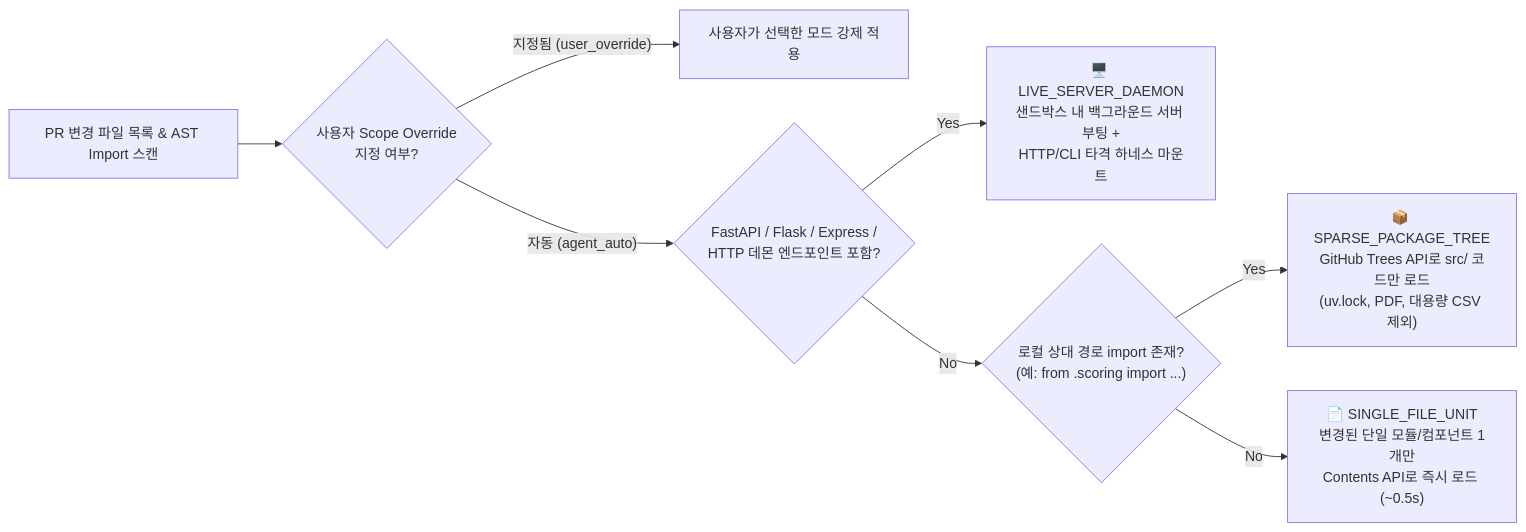
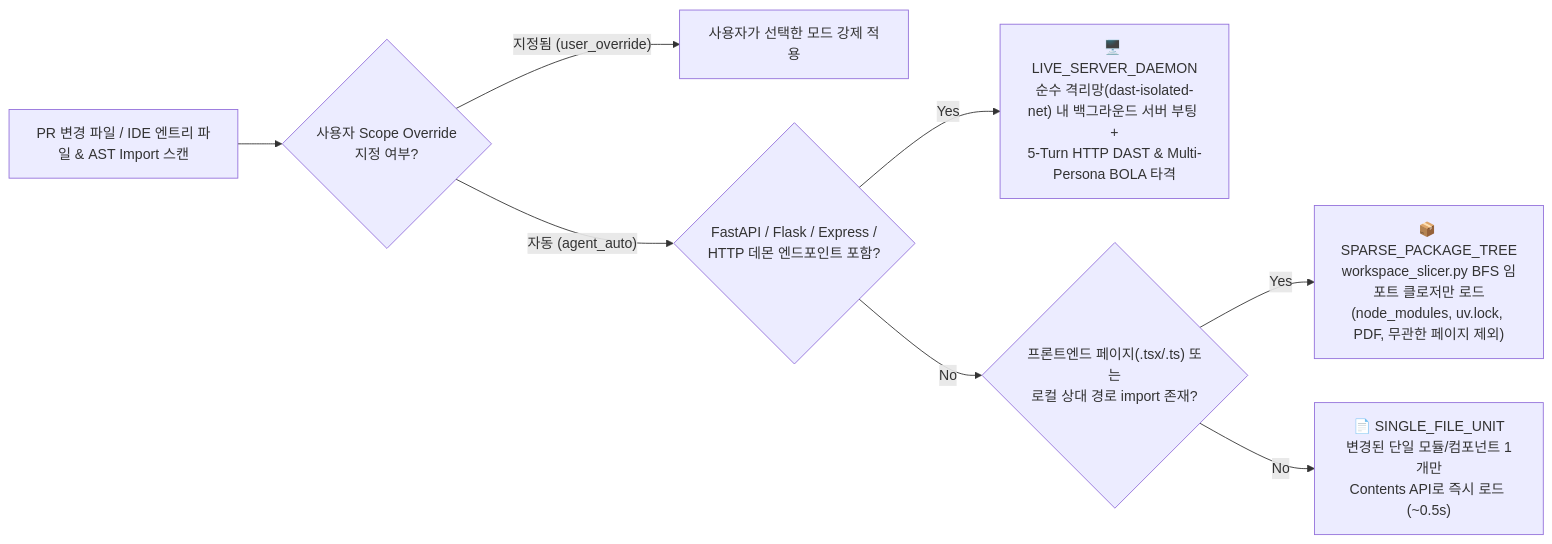
The third of 4 diagrams in docs/02_Data_Flow.md (ttogle918/argus-pr-verifier), drawn with Mermaid before and after one commit. The commit also changed other lines of this file and 9 other files, not shown here.

First line of the commit message:
docs(arch): document multi-agent LLM call flow and specify CEGIS patch loop, PR bundle export, and BOLA matrix

````diff
--- a/docs/02_Data_Flow.md
+++ b/docs/02_Data_Flow.md
@@ -121,12 +130,12 @@
 ```mermaid
 flowchart LR
-    PRFiles["PR 변경 파일 목록 & AST Import 스캔"] --> OverrideCheck{"사용자 Scope Override\n지정 여부?"}
+    PRFiles["PR 변경 파일 / IDE 엔트리 파일 & AST Import 스캔"] --> OverrideCheck{"사용자 Scope Override\n지정 여부?"}
     OverrideCheck -->|"지정됨 (user_override)"| ApplyUserScope["사용자가 선택한 모드 강제 적용"]
     OverrideCheck -->|"자동 (agent_auto)"| CheckServer{"FastAPI / Flask / Express /\nHTTP 데몬 엔드포인트 포함?"}
 
-    CheckServer -->|"Yes"| ModeServer["🖥️ LIVE_SERVER_DAEMON\n샌드박스 내 백그라운드 서버 부팅 +\nHTTP/CLI 타격 하네스 마운트"]
-    CheckServer -->|"No"| CheckImports{"로컬 상대 경로 import 존재?\n(예: from .scoring import ...)"}
+    CheckServer -->|"Yes"| ModeServer["🖥️ LIVE_SERVER_DAEMON\n순수 격리망(dast-isolated-net) 내 백그라운드 서버 부팅 +\n5-Turn HTTP DAST & Multi-Persona BOLA 타격"]
+    CheckServer -->|"No"| CheckImports{"프론트엔드 페이지(.tsx/.ts) 또는\n로컬 상대 경로 import 존재?"}
 
-    CheckImports -->|"Yes"| ModePackage["📦 SPARSE_PACKAGE_TREE\nGitHub Trees API로 src/ 코드만 로드\n(uv.lock, PDF, 대용량 CSV 제외)"]
+    CheckImports -->|"Yes"| ModePackage["📦 SPARSE_PACKAGE_TREE\nworkspace_slicer.py BFS 임포트 클로저만 로드\n(node_modules, uv.lock, PDF, 무관한 페이지 제외)"]
     CheckImports -->|"No"| ModeSingle["📄 SINGLE_FILE_UNIT\n변경된 단일 모듈/컴포넌트 1개만\nContents API로 즉시 로드 (~0.5s)"]
 ```
````
